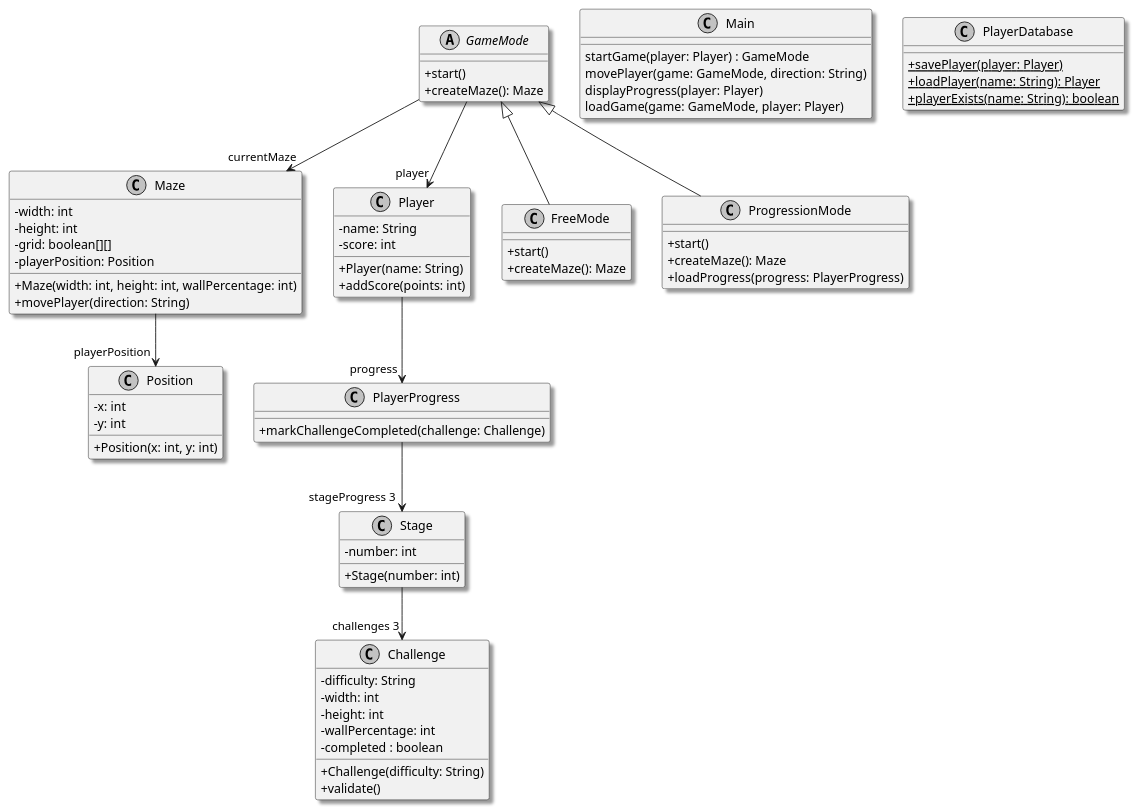
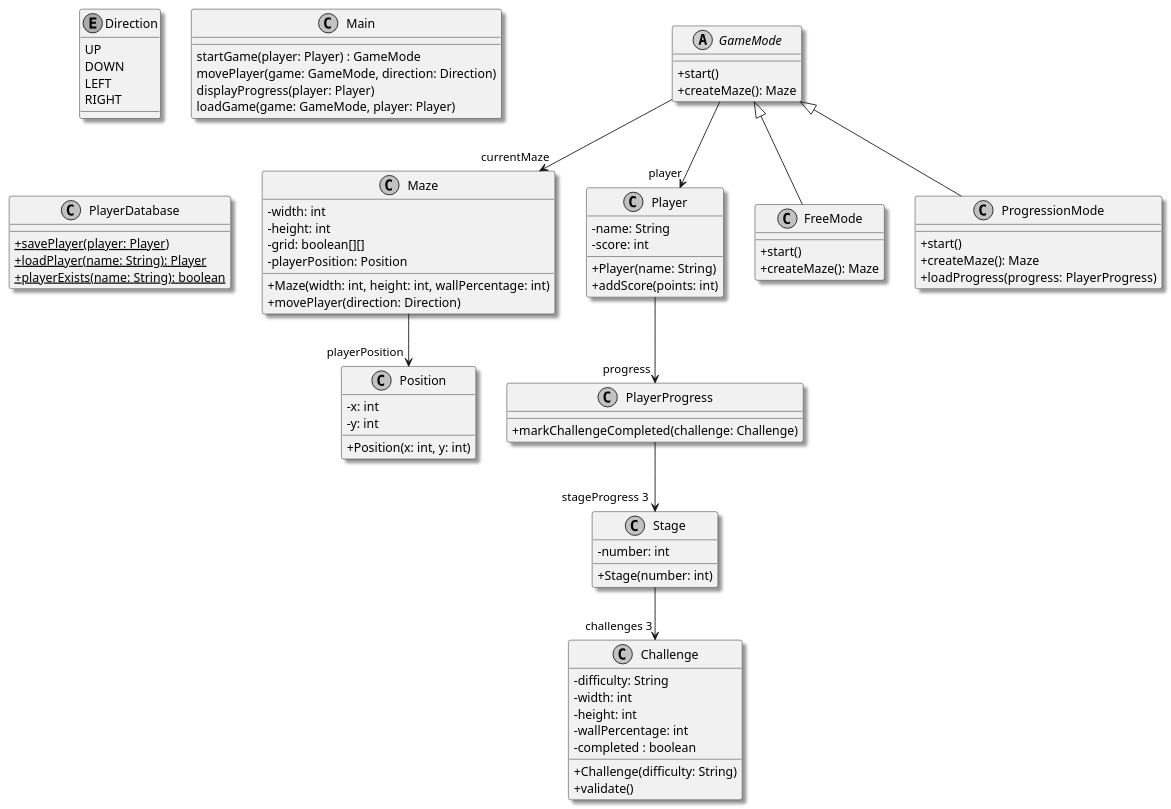
One commit to blavogiez/developpement-modulab-Semestre3 changed the diagram in rapports/analyse/reflexion3.puml. Above: the diagram before and after it, drawn with PlantUML.

Commit message:
fix(uml): test enum directoin + branche bap

```diff
--- a/rapports/analyse/reflexion3.puml
+++ b/rapports/analyse/reflexion3.puml
@@ -1,89 +1,96 @@
 @startuml
 skinparam monochrome true
 skinparam shadowing true
 skinparam classAttributeIconSize 0
 
 class Maze {
   - width: int
   - height: int
   - grid: boolean[][]
   - playerPosition: Position
   + Maze(width: int, height: int, wallPercentage: int)
-  + movePlayer(direction: String)
+  + movePlayer(direction: Direction)
+}
+
+enum Direction {
+  UP
+  DOWN
+  LEFT
+  RIGHT
 }
 
 class Player {
   - name: String
   - score: int
   + Player(name: String)
   + addScore(points: int)
 }
 
 class PlayerProgress {
   + markChallengeCompleted(challenge: Challenge)
 }
 
 class Position {
   - x: int
   - y: int
   + Position(x: int, y: int)
 }
 
 abstract class GameMode {
   + start()
   + createMaze(): Maze
 }
 
 class FreeMode {
   + start()
   + createMaze(): Maze
 }
 
 class ProgressionMode {
   + start()
   + createMaze(): Maze
   + loadProgress(progress: PlayerProgress)
 }
 
 class Stage {
   - number: int
   + Stage(number: int)
 }
 
 class Challenge {
   - difficulty: String
   - width: int
   - height: int
   - wallPercentage: int
   - completed : boolean
   + Challenge(difficulty: String)
   + validate()
 }
 
 class Main {
   startGame(player: Player) : GameMode
-  movePlayer(game: GameMode, direction: String)
+  movePlayer(game: GameMode, direction: Direction)
   displayProgress(player: Player)
   loadGame(game: GameMode, player: Player)
   
   'displayProgress(player: Player)'
 }
 
 class PlayerDatabase {
   {static} + savePlayer(player: Player)
   {static} + loadPlayer(name: String): Player
   {static} + playerExists(name: String): boolean
 }
 
 Maze --> "playerPosition" Position
 
 GameMode --> "player" Player
 GameMode --> "currentMaze" Maze
 
 GameMode <|-- FreeMode
 GameMode <|-- ProgressionMode
 Stage --> "challenges 3" Challenge
 
 Player --> "progress" PlayerProgress
 PlayerProgress --> "stageProgress 3" Stage 
 @enduml
```
